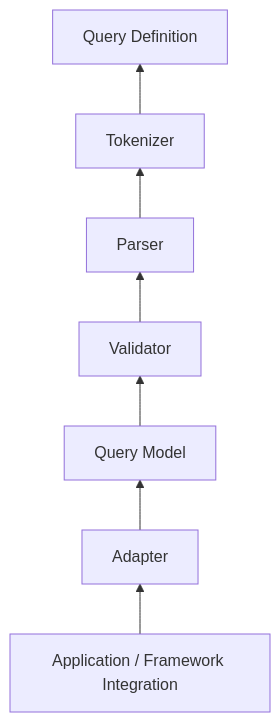
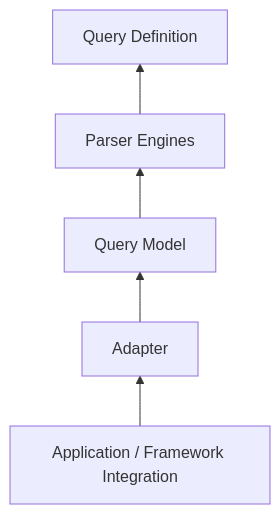
Before and after one commit to johngech/querio: the second of 7 diagrams in docs/architecture.md, drawn with Mermaid. The commit also changed other lines of this file and 8 other files, not shown here.

````diff
--- a/docs/architecture.md
+++ b/docs/architecture.md
@@ -68,9 +69,7 @@
 ```mermaid
 flowchart BT
     INTEGRATIONS["Application / Framework Integration"] --> ADAPTER["Adapter"]
     ADAPTER --> QM["Query Model"]
-    QM --> VALIDATOR["Validator"]
-    VALIDATOR --> PARSER["Parser"]
-    PARSER --> TOKENIZER["Tokenizer"]
-    TOKENIZER --> DEFINITION["Query Definition"]
+    QM --> ENGINE["Parser Engines"]
+    ENGINE --> DEFINITION["Query Definition"]
 ```
````
